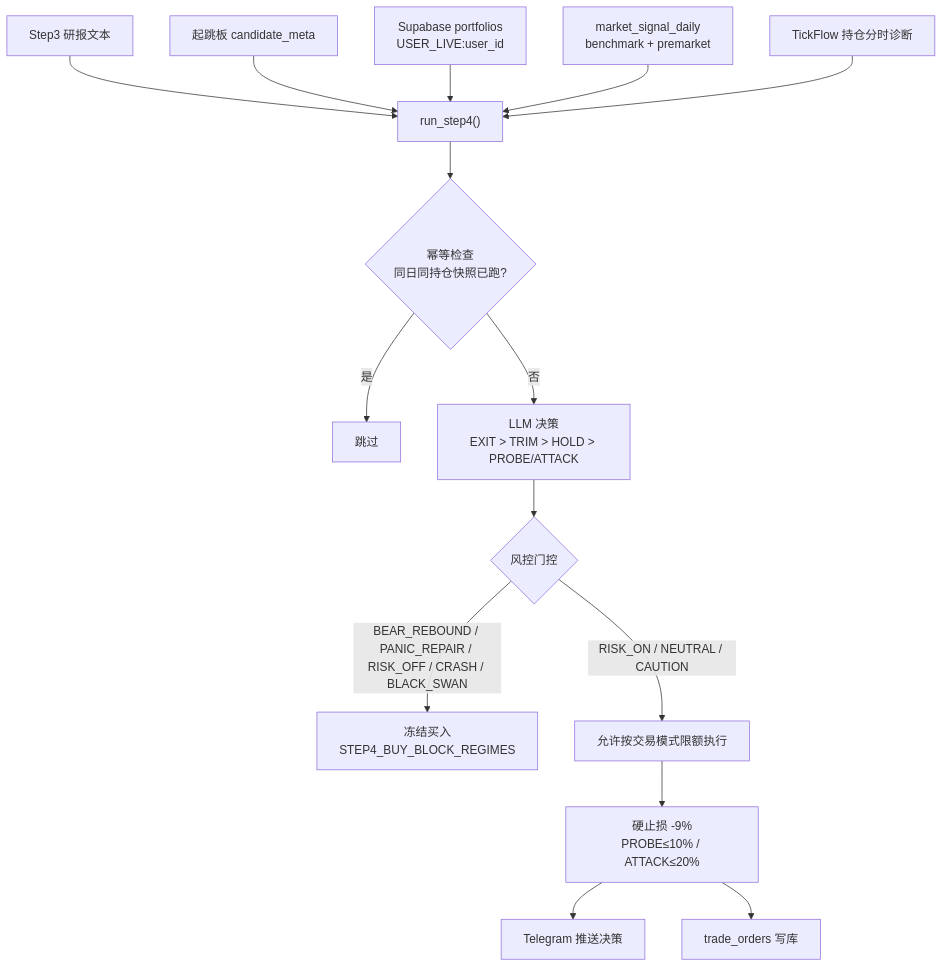
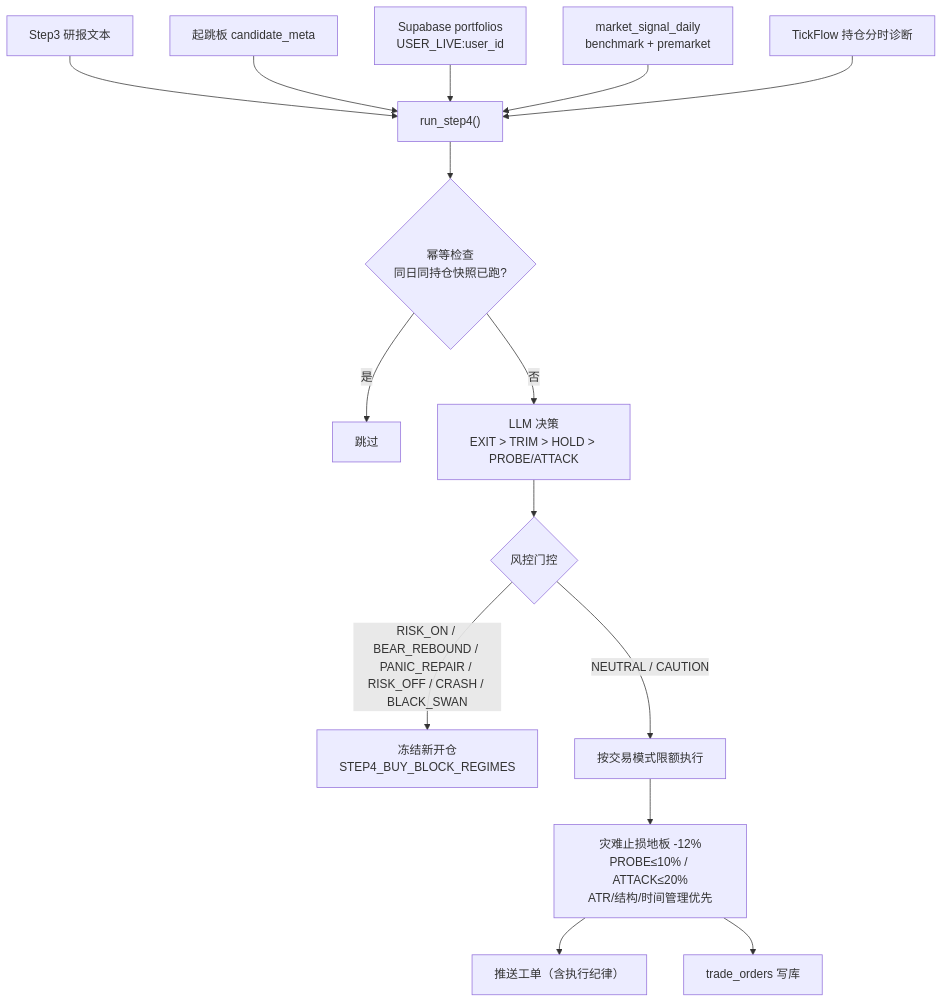
Before and after one commit to niyoh120/Wyckoff-Analysis: the fifth of 7 diagrams in docs/A_SHARE_FUNNEL_FLOW.md, drawn with Mermaid. The commit also changed other lines of this file and 51 other files, not shown here.

````diff
--- a/docs/A_SHARE_FUNNEL_FLOW.md
+++ b/docs/A_SHARE_FUNNEL_FLOW.md
@@ -258,20 +264,20 @@
 ```mermaid
 flowchart TD
     IN1["Step3 研报文本"] --> S4
     IN2["起跳板 candidate_meta"] --> S4
     IN3["Supabase portfolios<br/>USER_LIVE:user_id"] --> S4
     IN4["market_signal_daily<br/>benchmark + premarket"] --> S4
     IN5["TickFlow 持仓分时诊断"] --> S4
 
     S4["run_step4()"] --> IDEM{"幂等检查<br/>同日同持仓快照已跑?"}
     IDEM -->|是| SKIP["跳过"]
     IDEM -->|否| LLM["LLM 决策<br/>EXIT > TRIM > HOLD > PROBE/ATTACK"]
 
     LLM --> RISK{"风控门控"}
-    RISK -->|BEAR_REBOUND / PANIC_REPAIR / RISK_OFF / CRASH / BLACK_SWAN| BLOCK_BUY["冻结买入<br/>STEP4_BUY_BLOCK_REGIMES"]
-    RISK -->|RISK_ON / NEUTRAL / CAUTION| ALLOW["允许按交易模式限额执行"]
+    RISK -->|RISK_ON / BEAR_REBOUND / PANIC_REPAIR / RISK_OFF / CRASH / BLACK_SWAN| BLOCK_BUY["冻结新开仓<br/>STEP4_BUY_BLOCK_REGIMES"]
+    RISK -->|NEUTRAL / CAUTION| ALLOW["按交易模式限额执行"]
 
-    ALLOW --> OMS["硬止损 -9%<br/>PROBE≤10% / ATTACK≤20%"]
-    OMS --> TG["Telegram 推送决策"]
+    ALLOW --> OMS["灾难止损地板 -12%<br/>PROBE≤10% / ATTACK≤20%<br/>ATR/结构/时间管理优先"]
+    OMS --> TG["推送工单（含执行纪律）"]
     OMS --> DB["trade_orders 写库"]
 ```
````
